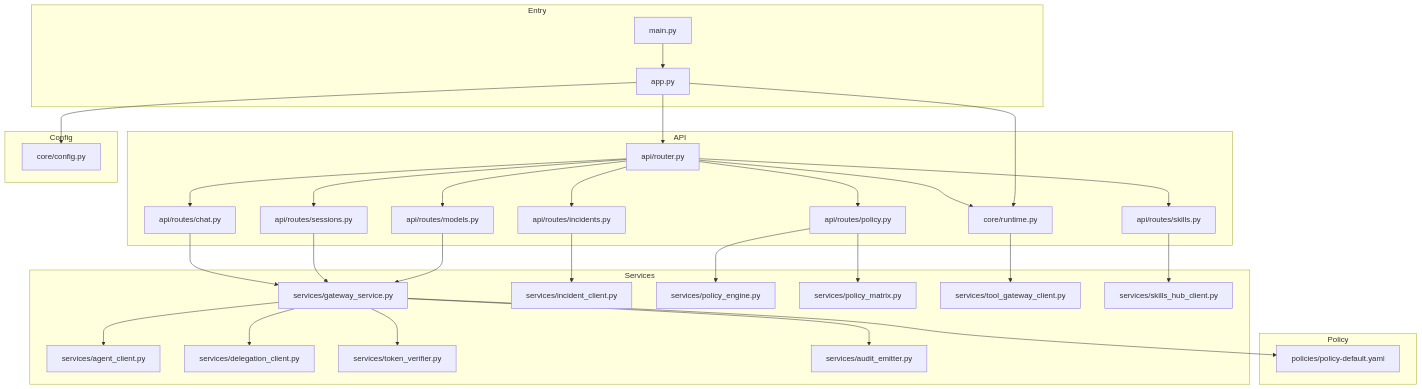
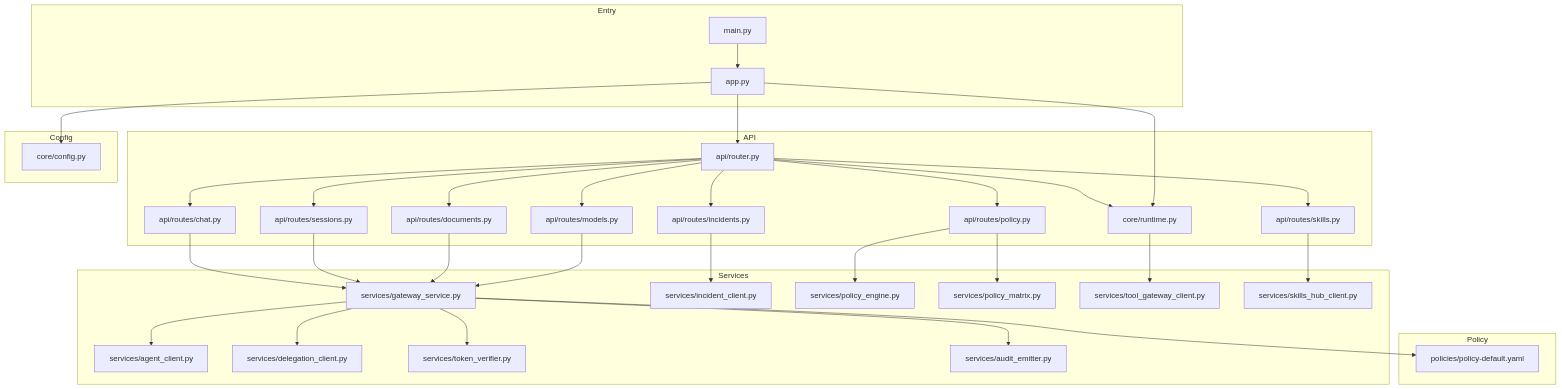
One commit to metasync/luban-aiops changed the first of 15 diagrams in .qoder/repowiki/en/content/Architecture Documentation/Platform Gateway Service.md. Above: the diagram before and after it, drawn with Mermaid. The commit also changed other lines of this file and 101 other files, not shown here.

````diff
--- a/.qoder/repowiki/en/content/Architecture Documentation/Platform Gateway Service.md
+++ b/.qoder/repowiki/en/content/Architecture Documentation/Platform Gateway Service.md
@@ -87,60 +90,63 @@
 ```mermaid
 graph TB
 subgraph "Entry"
 M["main.py"]
 A["app.py"]
 end
 subgraph "API"
 R["api/router.py"]
 RC["api/routes/chat.py"]
 RS["api/routes/sessions.py"]
+RD["api/routes/documents.py"]
 RI["api/routes/incidents.py"]
 RP["api/routes/policy.py"]
 RT["api/routes/tools.py"]
 RK["api/routes/skills.py"]
 RM["api/routes/models.py"]
 end
 subgraph "Services"
 GS["services/gateway_service.py"]
 AC["services/agent_client.py"]
 IC["services/incident_client.py"]
 DC["services/delegation_client.py"]
 TV["services/token_verifier.py"]
 PE["services/policy_engine.py"]
 PM["services/policy_matrix.py"]
 TGC["services/tool_gateway_client.py"]
 SHC["services/skills_hub_client.py"]
 AE["services/audit_emitter.py"]
 end
 subgraph "Policy"
 P["policies/policy-default.yaml"]
 end
 subgraph "Config"
 CFG["core/config.py"]
 RT["core/runtime.py"]
 end
 M --> A
 A --> R
 R --> RC
 R --> RS
+R --> RD
 R --> RI
 R --> RP
 R --> RT
 R --> RK
 R --> RM
 RC --> GS
 RS --> GS
+RD --> GS
 RI --> IC
 RP --> PE
 RP --> PM
 RT --> TGC
 RK --> SHC
 RM --> GS
 GS --> AC
 GS --> DC
 GS --> TV
 GS --> P
 GS --> AE
 A --> CFG
 A --> RT
 ```
````
